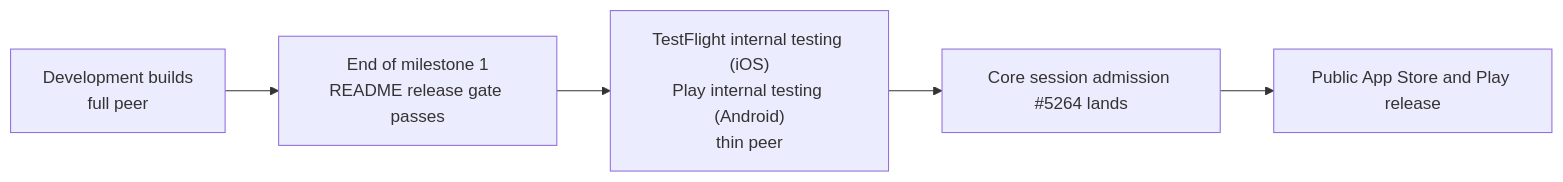
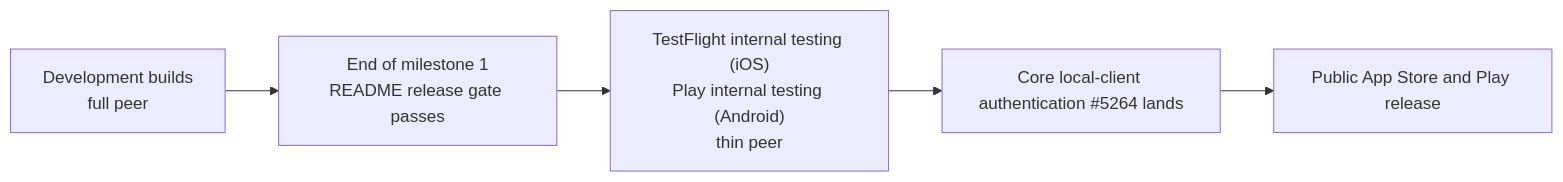
The diagram in 1-freenet-mobile-appkit/09-testing-and-release.md (EVY-Platform/evy-freenet-plans), drawn with Mermaid before and after one commit. The commit also changed other lines of this file and 19 other files, not shown here.

````diff
--- a/1-freenet-mobile-appkit/09-testing-and-release.md
+++ b/1-freenet-mobile-appkit/09-testing-and-release.md
@@ -24,7 +24,7 @@
 ```mermaid
 flowchart LR
   dev["Development builds<br/>full peer"] --> gate["End of milestone 1<br/>README release gate passes"]
   gate --> internal["TestFlight internal testing (iOS)<br/>Play internal testing (Android)<br/>thin peer"]
-  internal --> wait["Core session admission #5264 lands"]
+  internal --> wait["Core local-client authentication #5264 lands"]
   wait --> public["Public App Store and Play release"]
 ```
````
